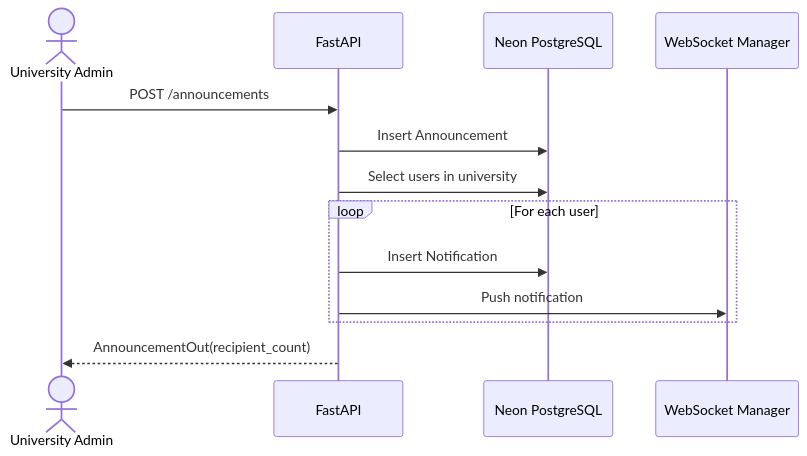
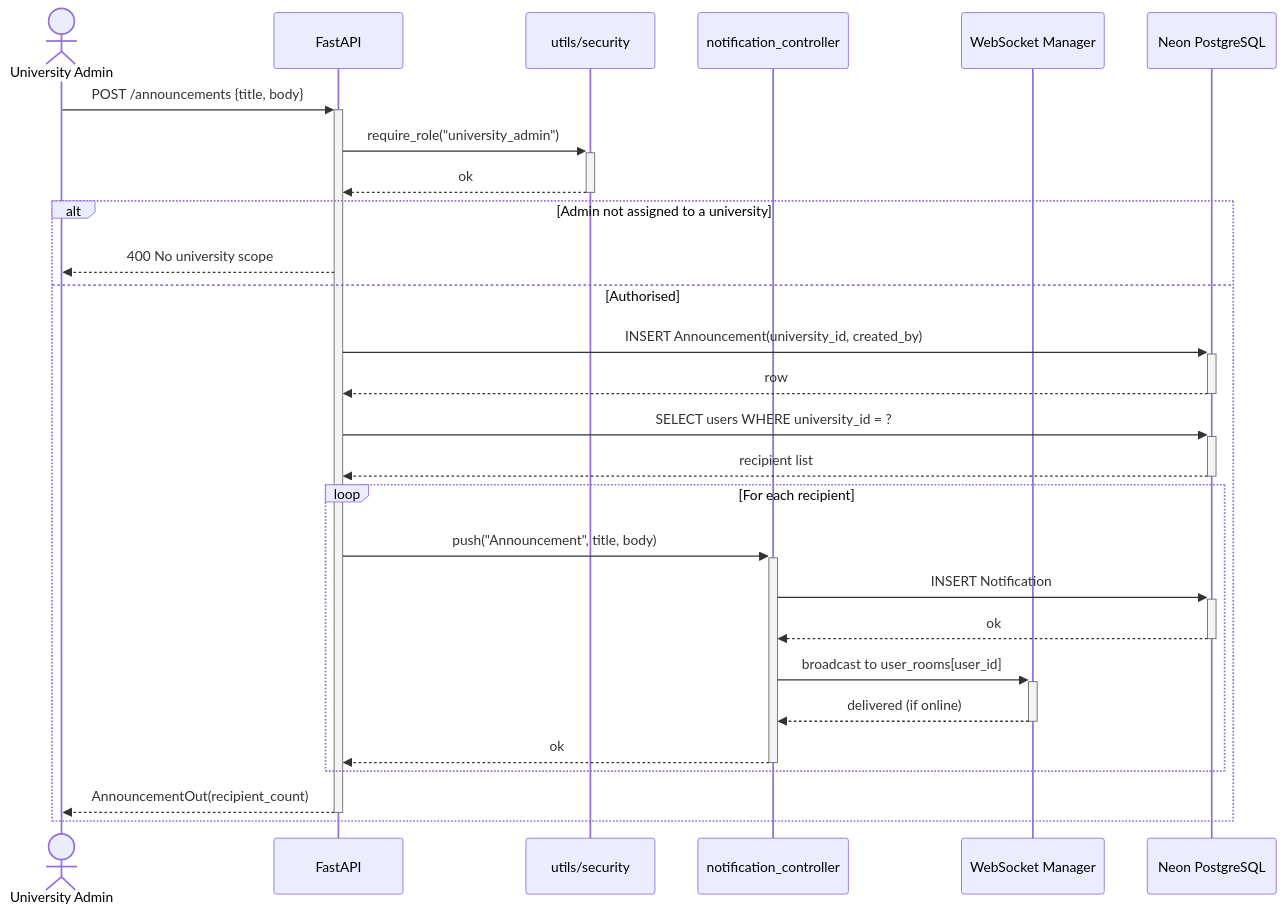
Before and after one commit to yazidha09/Hub4Learners: the sixth of 6 diagrams in docs/sprints/SPRINT_6.md, drawn with Mermaid. The commit also changed other lines of this file and 5 other files, not shown here.

````diff
--- a/docs/sprints/SPRINT_6.md
+++ b/docs/sprints/SPRINT_6.md
@@ -225,16 +288,32 @@
 ```mermaid
 sequenceDiagram
     actor Admin as University Admin
     participant API as FastAPI
+    participant Sec as utils/security
+    participant Notif as notification_controller
+    participant WS as WebSocket Manager
     participant DB as Neon PostgreSQL
-    participant WS as WebSocket Manager
 
-    Admin->>API: POST /announcements
-    API->>DB: Insert Announcement
-    API->>DB: Select users in university
-    loop For each user
-        API->>DB: Insert Notification
-        API->>WS: Push notification
+    Admin->>+API: POST /announcements {title, body}
+    API->>+Sec: require_role("university_admin")
+    Sec-->>-API: ok
+    alt Admin not assigned to a university
+        API-->>Admin: 400 No university scope
+    else Authorised
+        API->>+DB: INSERT Announcement(university_id, created_by)
+        DB-->>-API: row
+        API->>+DB: SELECT users WHERE university_id = ?
+        DB-->>-API: recipient list
+
+        loop For each recipient
+            API->>+Notif: push("Announcement", title, body)
+            Notif->>+DB: INSERT Notification
+            DB-->>-Notif: ok
+            Notif->>+WS: broadcast to user_rooms[user_id]
+            WS-->>-Notif: delivered (if online)
+            Notif-->>-API: ok
+        end
+
+        API-->>-Admin: AnnouncementOut(recipient_count)
     end
-    API-->>Admin: AnnouncementOut(recipient_count)
 ```
````
